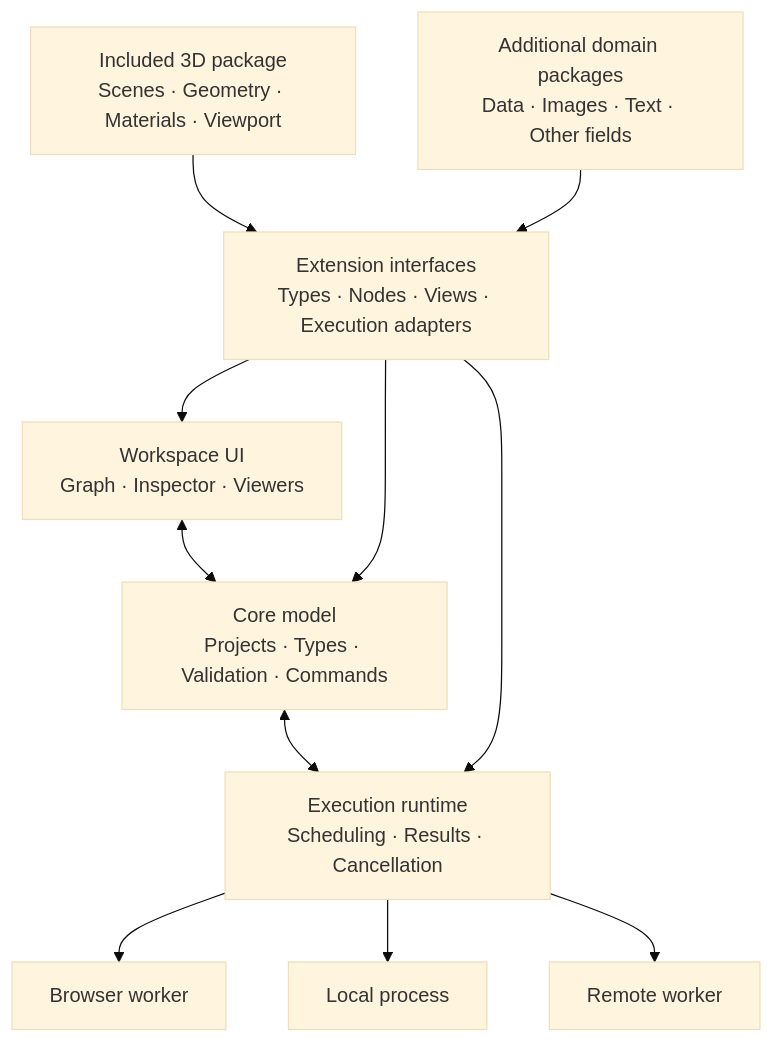
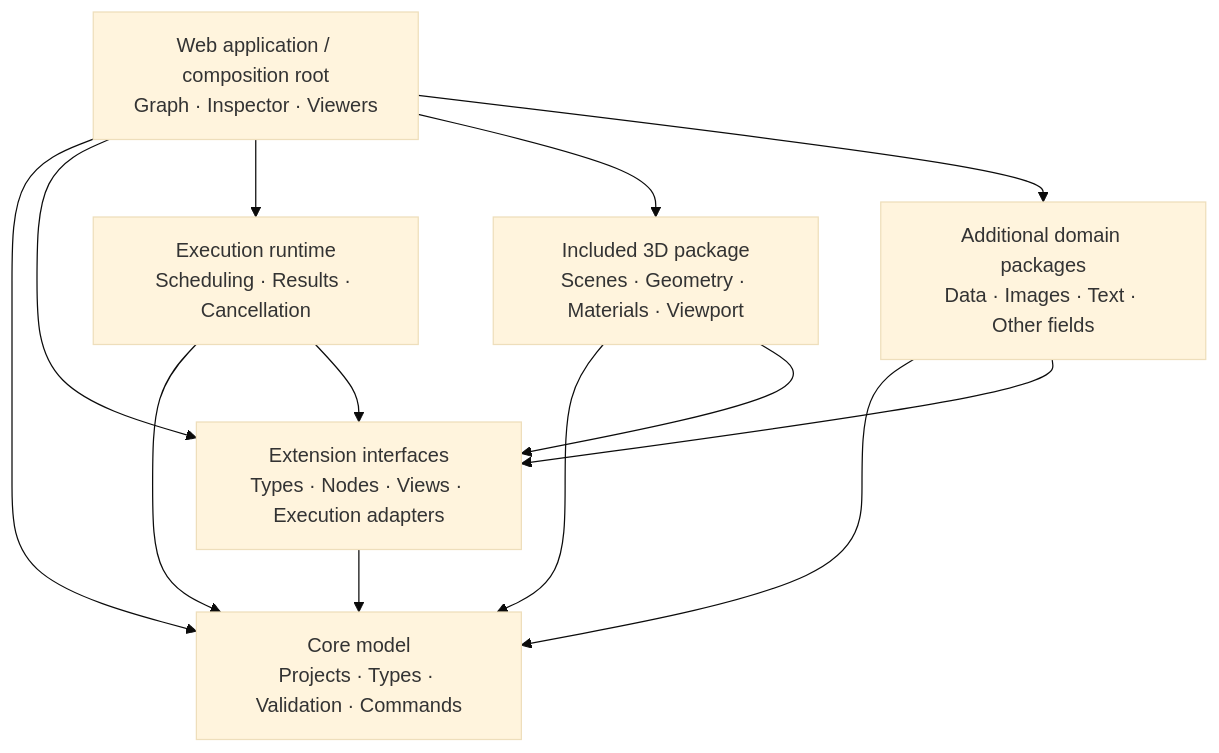
Before and after one commit to trinamntn08/SmartFlow: the diagram in docs/product/SmartFlowProposal.md, drawn with Mermaid (base theme). The commit also changed other lines of this file and 6 other files, not shown here.

Commit message:
Clarify architecture boundaries and separate browser tooling checks

````diff
--- a/docs/product/SmartFlowProposal.md
+++ b/docs/product/SmartFlowProposal.md
@@ -153,23 +155,21 @@
 ```mermaid
 flowchart TB
-    UI["Workspace UI<br/>Graph · Inspector · Viewers"]
+    UI["Web application / composition root<br/>Graph · Inspector · Viewers"]
     CORE["Core model<br/>Projects · Types · Validation · Commands"]
     RUN["Execution runtime<br/>Scheduling · Results · Cancellation"]
     API["Extension interfaces<br/>Types · Nodes · Views · Execution adapters"]
     THREE["Included 3D package<br/>Scenes · Geometry · Materials · Viewport"]
     OTHER["Additional domain packages<br/>Data · Images · Text · Other fields"]
-    BROWSER["Browser worker"]
-    LOCAL["Local process"]
-    REMOTE["Remote worker"]
-
-    UI <--> CORE
-    CORE <--> RUN
+    UI --> CORE
+    UI --> API
+    UI --> RUN
+    UI --> THREE
+    UI --> OTHER
+    RUN --> CORE
+    RUN --> API
+    THREE --> CORE
     THREE --> API
+    OTHER --> CORE
     OTHER --> API
-    API --> UI
     API --> CORE
-    API --> RUN
-    RUN --> BROWSER
-    RUN --> LOCAL
-    RUN --> REMOTE
 ```
````
